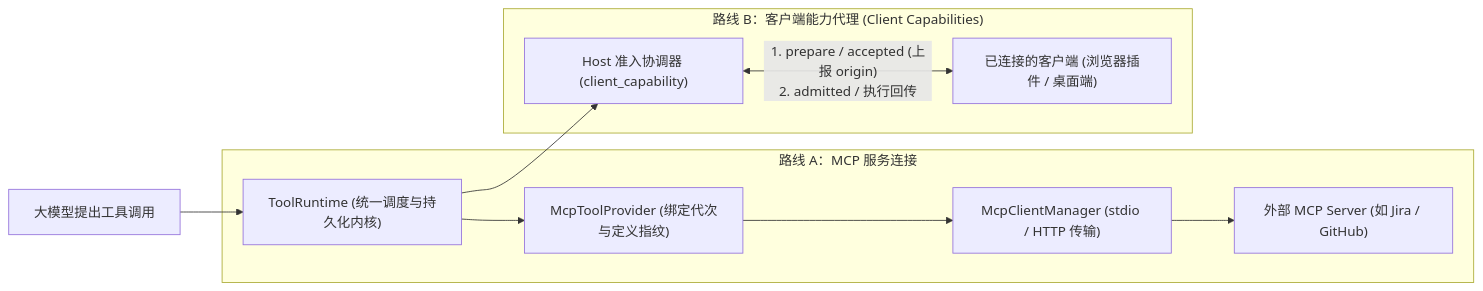
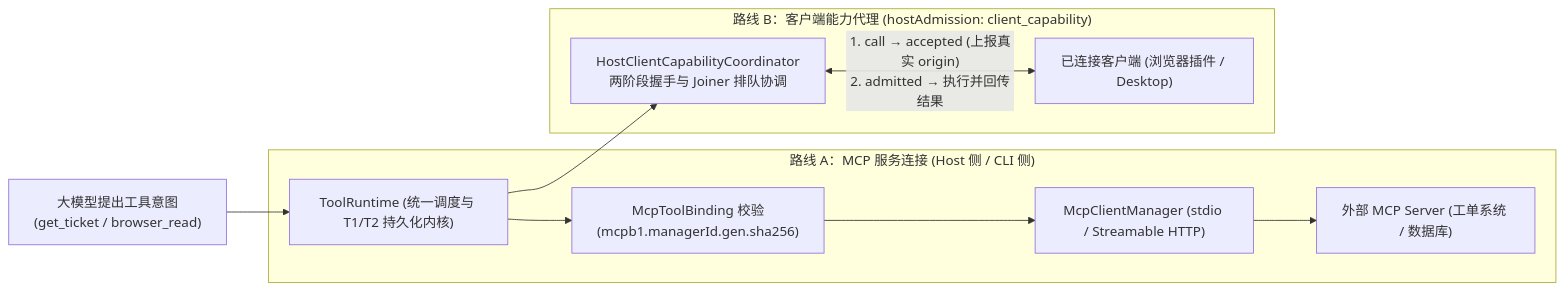
One commit to suger-m/agent-infrastructure-docs changed the first of 2 diagrams in maka-agent-infra/03-tools/mcp-and-client-capabilities.md. Above: the diagram before and after it, drawn with Mermaid. The commit also changed other lines of this file and 31 other files, not shown here.

````diff
--- a/maka-agent-infra/03-tools/mcp-and-client-capabilities.md
+++ b/maka-agent-infra/03-tools/mcp-and-client-capabilities.md
@@ -19,15 +19,15 @@
 ```mermaid
 flowchart LR
-    Model["大模型提出工具调用"] --> TR["ToolRuntime (统一调度与持久化内核)"]
+    Model["大模型提出工具意图<br/>(get_ticket / browser_read)"] --> TR["ToolRuntime (统一调度与 T1/T2 持久化内核)"]
     
-    subgraph PathA["路线 A：MCP 服务连接"]
-        TR --> ProxyA["McpToolProvider (绑定代次与定义指纹)"]
-        ProxyA --> Mgr["McpClientManager (stdio / HTTP 传输)"]
-        Mgr --> Server["外部 MCP Server (如 Jira / GitHub)"]
+    subgraph PathA["路线 A：MCP 服务连接 (Host 侧 / CLI 侧)"]
+        TR --> BindA["McpToolBinding 校验<br/>(mcpb1.managerId.gen.sha256)"]
+        BindA --> Mgr["McpClientManager (stdio / Streamable HTTP)"]
+        Mgr --> McpServer["外部 MCP Server (工单系统 / 数据库)"]
     end
     
-    subgraph PathB["路线 B：客户端能力代理 (Client Capabilities)"]
-        TR --> ProxyB["Host 准入协调器 (client_capability)"]
-        ProxyB <-->|"1. prepare / accepted (上报 origin)<br/>2. admitted / 执行回传"| Client["已连接的客户端 (浏览器插件 / 桌面端)"]
+    subgraph PathB["路线 B：客户端能力代理 (hostAdmission: client_capability)"]
+        TR --> Broker["HostClientCapabilityCoordinator<br/>两阶段握手与 Joiner 排队协调"]
+        Broker <-->|"1. call → accepted (上报真实 origin)<br/>2. admitted → 执行并回传结果"| Client["已连接客户端 (浏览器插件 / Desktop)"]
     end
 ```
````
